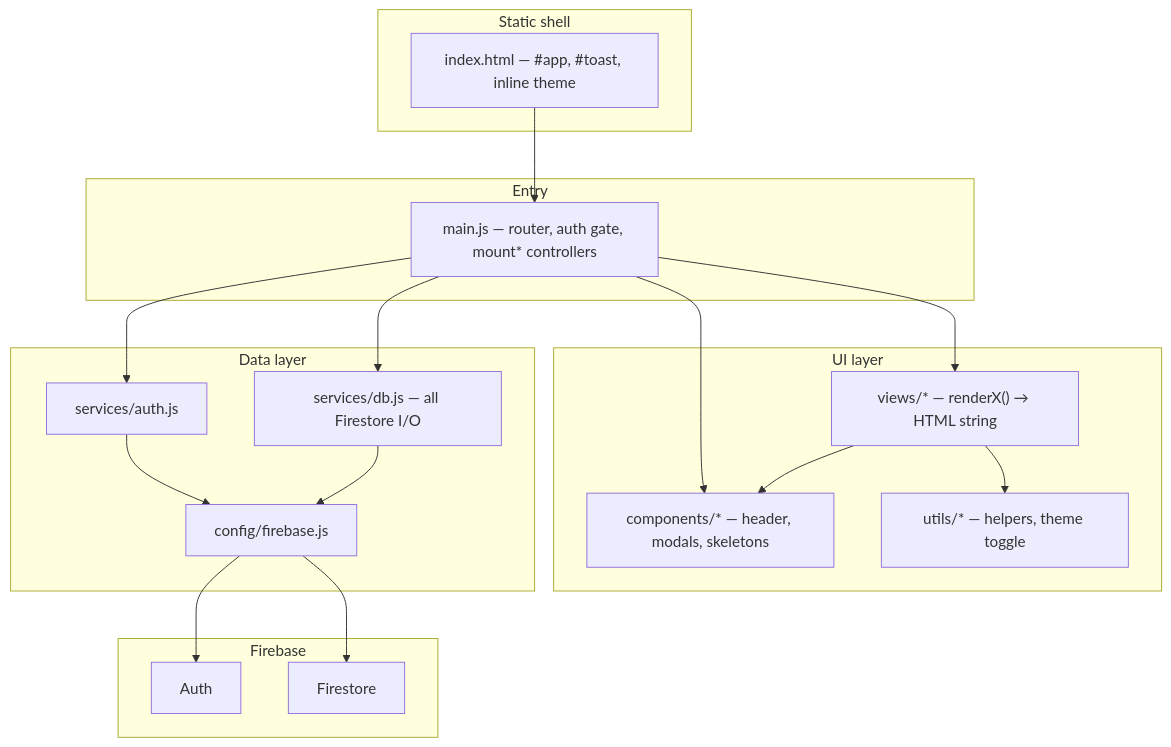
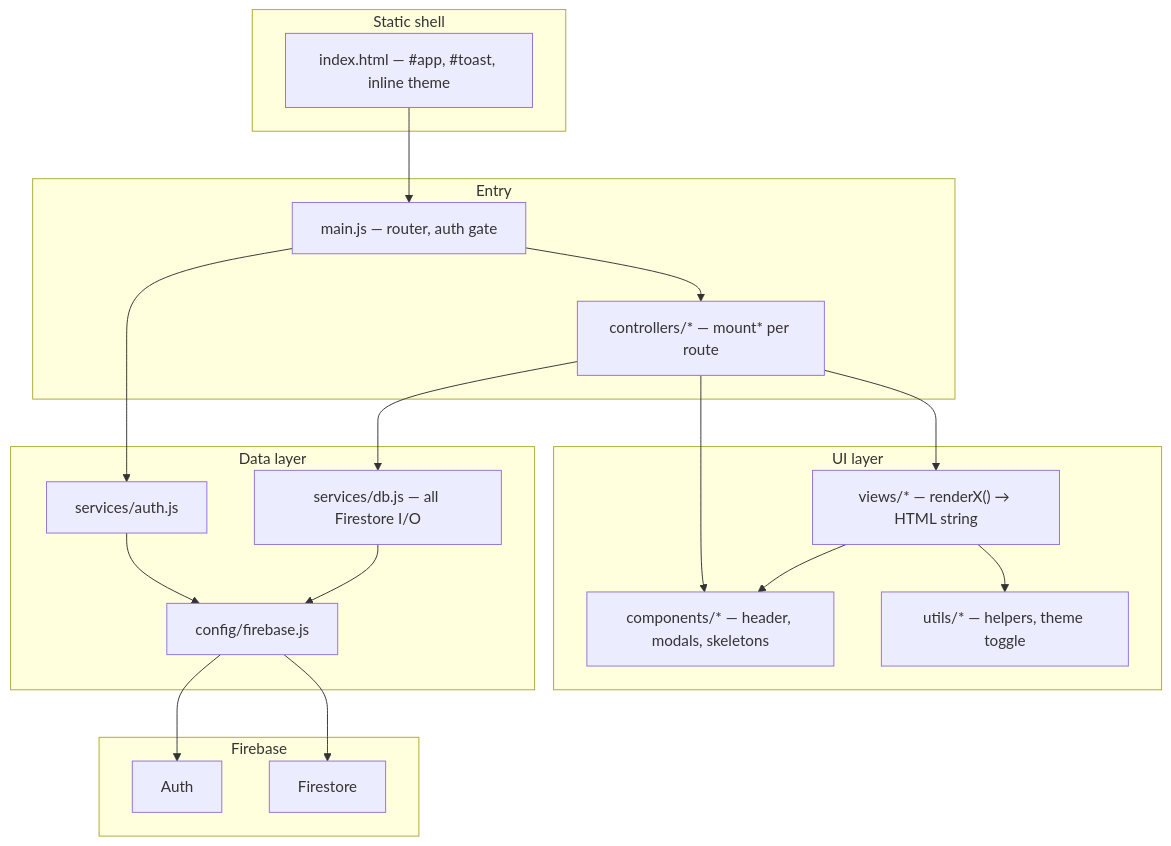
Before and after one commit to Sayan216016/SplitwisePRO: the diagram in docs/architecture.md, drawn with Mermaid. The commit also changed other lines of this file and 14 other files, not shown here.

````diff
--- a/docs/architecture.md
+++ b/docs/architecture.md
@@ -25,39 +25,41 @@
 ```mermaid
 flowchart TB
   subgraph shell["Static shell"]
     HTML["index.html — #app, #toast, inline theme"]
   end
 
   subgraph entry["Entry"]
-    MAIN["main.js — router, auth gate, mount* controllers"]
+    MAIN["main.js — router, auth gate"]
+    CTRL["controllers/* — mount* per route"]
   end
 
   subgraph ui["UI layer"]
     VIEWS["views/* — renderX() → HTML string"]
     COMP["components/* — header, modals, skeletons"]
     UTILS["utils/* — helpers, theme toggle"]
   end
 
   subgraph data["Data layer"]
     AUTH["services/auth.js"]
     DB["services/db.js — all Firestore I/O"]
     CFG["config/firebase.js"]
   end
 
   subgraph external["Firebase"]
     FA["Auth"]
     FS["Firestore"]
   end
 
   HTML --> MAIN
-  MAIN --> VIEWS
-  MAIN --> COMP
+  MAIN --> CTRL
+  CTRL --> VIEWS
+  CTRL --> COMP
   VIEWS --> COMP
   VIEWS --> UTILS
   MAIN --> AUTH
-  MAIN --> DB
+  CTRL --> DB
   AUTH --> CFG
   DB --> CFG
   CFG --> FA
   CFG --> FS
 ```
````
